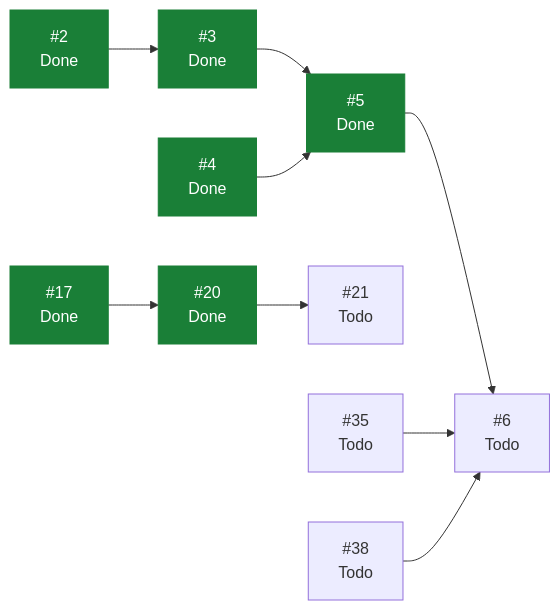
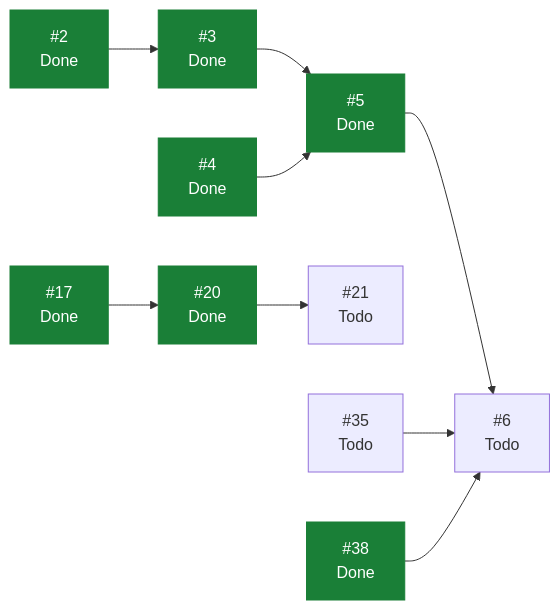
The diagram in docs/planning/STATUS.md (ecamp0s/evault), drawn with Mermaid before and after one commit. The commit also changed other lines of this file, not shown here.

````diff
--- a/docs/planning/STATUS.md
+++ b/docs/planning/STATUS.md
@@ -56,23 +55,23 @@
 ```mermaid
 graph LR
   I2["#2<br/>Done"]
   I3["#3<br/>Done"]
   I4["#4<br/>Done"]
   I5["#5<br/>Done"]
   I6["#6<br/>Todo"]
   I17["#17<br/>Done"]
   I20["#20<br/>Done"]
   I21["#21<br/>Todo"]
   I35["#35<br/>Todo"]
-  I38["#38<br/>Todo"]
+  I38["#38<br/>Done"]
   I2 --> I3
   I3 --> I5
   I4 --> I5
   I5 --> I6
   I17 --> I20
   I20 --> I21
   I35 --> I6
   I38 --> I6
   classDef hecho fill:#1a7f37,stroke:#1a7f37,color:#fff;
-  class I2,I3,I4,I5,I17,I20 hecho;
+  class I2,I3,I4,I5,I17,I20,I38 hecho;
 ```
````
